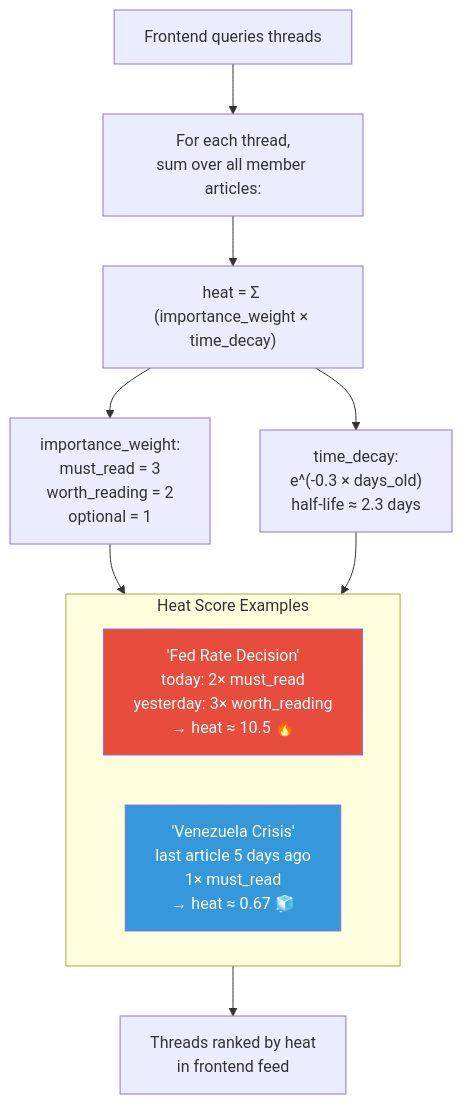
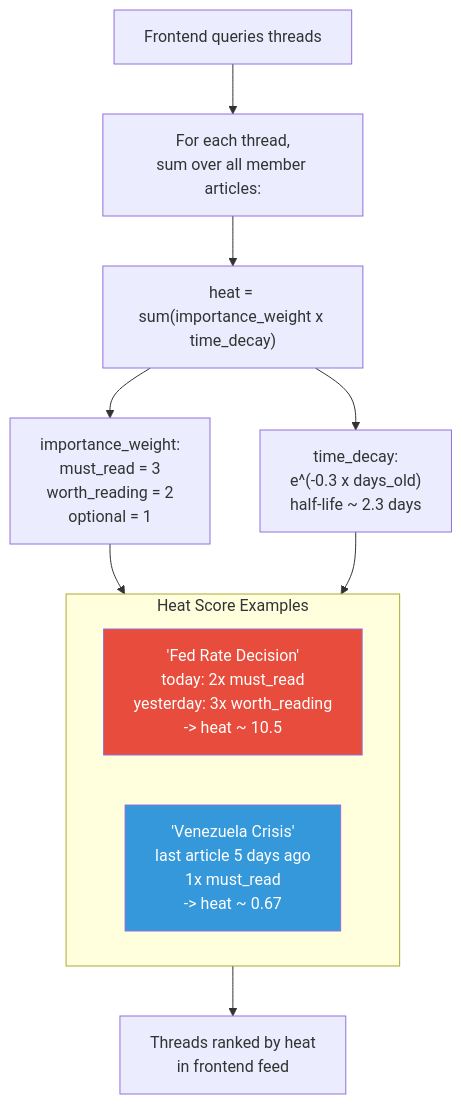
The seventh of 10 diagrams in docs/1.2-news-threading-visual.md (choym92/araverus), drawn with Mermaid before and after one commit. The commit also changed other lines of this file and 40 other files, not shown here.

````diff
--- a/docs/1.2-news-threading-visual.md
+++ b/docs/1.2-news-threading-visual.md
@@ -185,21 +241,21 @@
 ```mermaid
 flowchart TD
     QUERY["Frontend queries threads"] --> CALC["For each thread,<br/>sum over all member articles:"]
-    CALC --> FORMULA["heat = Σ (importance_weight × time_decay)"]
+    CALC --> FORMULA["heat = sum(importance_weight x time_decay)"]
 
     FORMULA --> WEIGHT["importance_weight:<br/>must_read = 3<br/>worth_reading = 2<br/>optional = 1"]
-    FORMULA --> DECAY["time_decay:<br/>e^(-0.3 × days_old)<br/>half-life ≈ 2.3 days"]
+    FORMULA --> DECAY["time_decay:<br/>e^(-0.3 x days_old)<br/>half-life ~ 2.3 days"]
 
     WEIGHT --> EXAMPLES
     DECAY --> EXAMPLES
 
     subgraph EXAMPLES ["Heat Score Examples"]
-        EX1["'Fed Rate Decision'<br/>today: 2× must_read<br/>yesterday: 3× worth_reading<br/>→ heat ≈ 10.5 🔥"]
-        EX2["'Venezuela Crisis'<br/>last article 5 days ago<br/>1× must_read<br/>→ heat ≈ 0.67 🧊"]
+        EX1["'Fed Rate Decision'<br/>today: 2x must_read<br/>yesterday: 3x worth_reading<br/>-> heat ~ 10.5"]
+        EX2["'Venezuela Crisis'<br/>last article 5 days ago<br/>1x must_read<br/>-> heat ~ 0.67"]
     end
 
     EXAMPLES --> RANK["Threads ranked by heat<br/>in frontend feed"]
 
     style EX1 fill:#e74c3c,color:#fff
     style EX2 fill:#3498db,color:#fff
 ```
````
